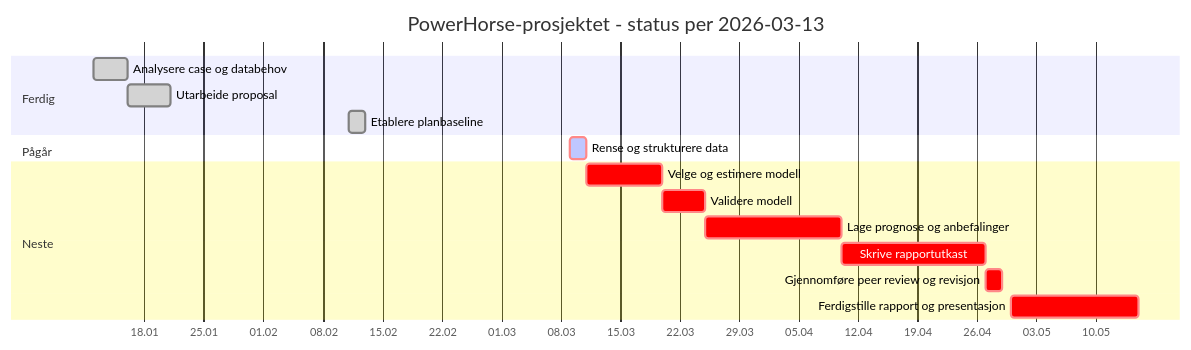
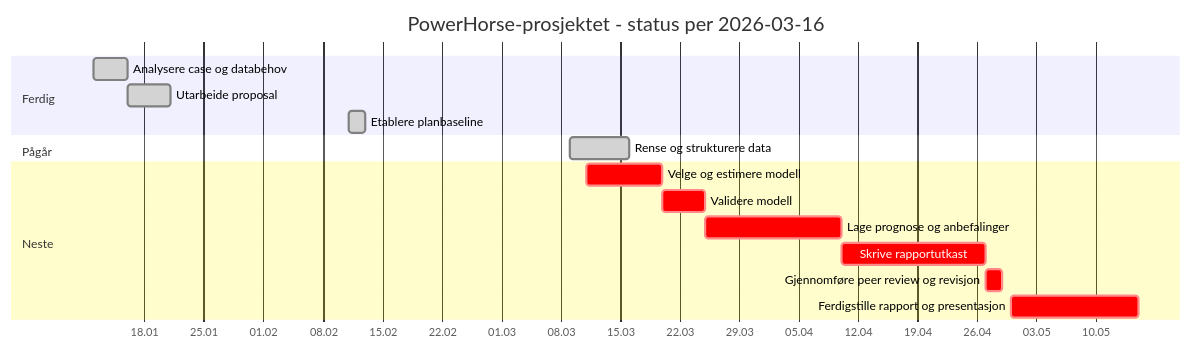
The diagram in 012 fase 2 - plan/status.md (LOG650/G00-example), drawn with Mermaid before and after one commit. The commit also changed other lines of this file and 11 other files, not shown here.

First line of the commit message:
Fullfør aktivitet 3.1 Rense og strukturere data med review og forbedringer

````diff
--- a/012 fase 2 - plan/status.md
+++ b/012 fase 2 - plan/status.md
@@ -54,22 +53,22 @@
 ```mermaid
 gantt
-    title PowerHorse-prosjektet - status per 2026-03-13
+    title PowerHorse-prosjektet - status per 2026-03-16
     dateFormat  YYYY-MM-DD
     axisFormat  %d.%m
 
     section Ferdig
     Analysere case og databehov :done, a1, 2026-01-12, 2026-01-16
     Utarbeide proposal :done, a2, 2026-01-16, 2026-01-21
     Etablere planbaseline :done, a3, 2026-02-11, 2026-02-13
 
     section Pågår
-    Rense og strukturere data :crit, active, a4, 2026-03-09, 2026-03-11
+    Rense og strukturere data :done, a4, 2026-03-09, 2026-03-16
 
     section Neste
     Velge og estimere modell :crit, a5, 2026-03-11, 2026-03-20
     Validere modell :crit, a6, 2026-03-20, 2026-03-25
     Lage prognose og anbefalinger :crit, a7, 2026-03-25, 2026-04-10
     Skrive rapportutkast :crit, a8, 2026-04-10, 2026-04-27
     Gjennomføre peer review og revisjon :crit, a9, 2026-04-27, 2026-04-29
     Ferdigstille rapport og presentasjon :crit, a10, 2026-04-30, 2026-05-15
 ```
````
